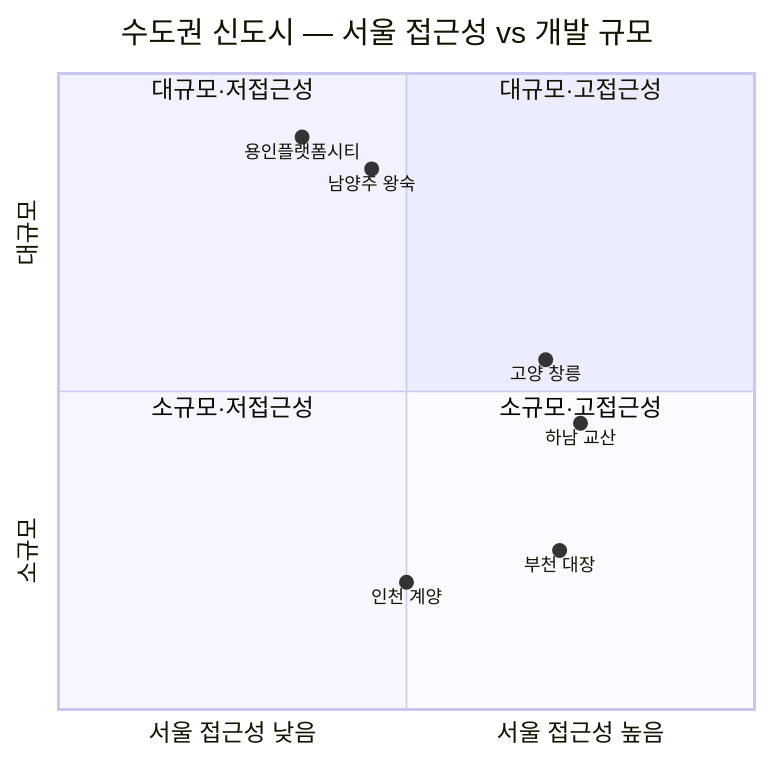
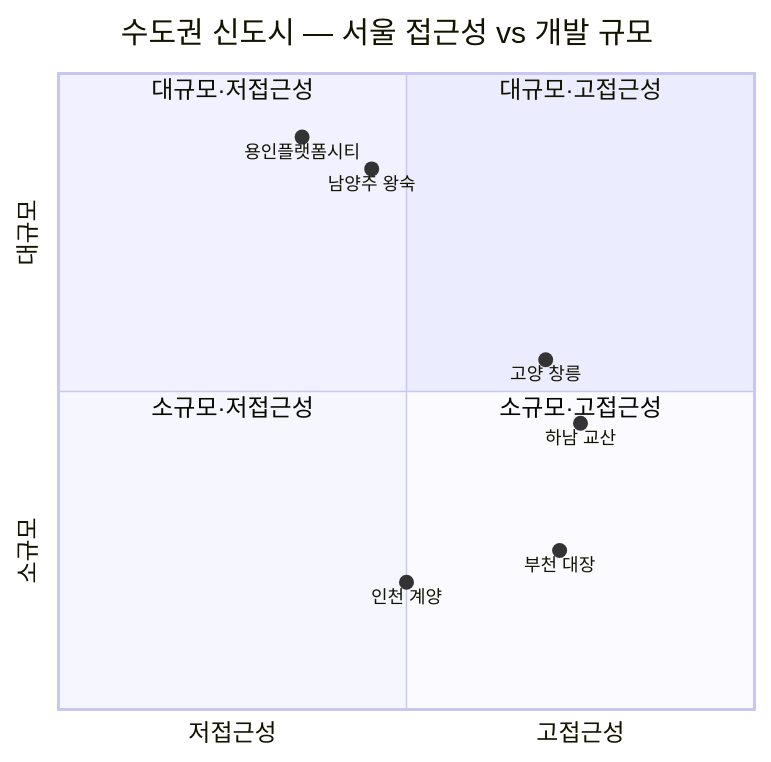
The diagram in docs/domains/yongin-platform-city/products/index.md (OkyoKwon/studyNresearch), drawn with Mermaid before and after one commit. The commit also changed 1 other file, not shown here.

Commit message:
fix: quadrantChart 축 레이블 한글 공백 파싱 오류 수정

````diff
--- a/docs/domains/yongin-platform-city/products/index.md
+++ b/docs/domains/yongin-platform-city/products/index.md
@@ -32,16 +32,16 @@
 ```mermaid
 quadrantChart
     title 수도권 신도시 — 서울 접근성 vs 개발 규모
-    x-axis 서울 접근성 낮음 --> 서울 접근성 높음
+    x-axis 저접근성 --> 고접근성
     y-axis 소규모 --> 대규모
     quadrant-1 대규모·고접근성
     quadrant-2 대규모·저접근성
     quadrant-3 소규모·저접근성
     quadrant-4 소규모·고접근성
     남양주 왕숙: [0.45, 0.85]
     하남 교산: [0.75, 0.45]
     인천 계양: [0.50, 0.20]
     고양 창릉: [0.70, 0.55]
     부천 대장: [0.72, 0.25]
     용인플랫폼시티: [0.35, 0.90]
 ```
````
